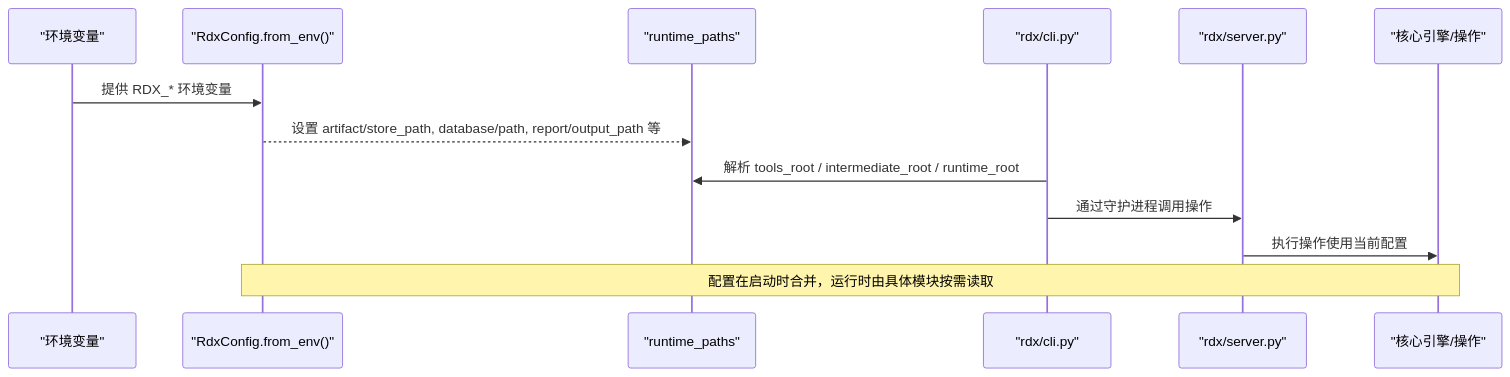
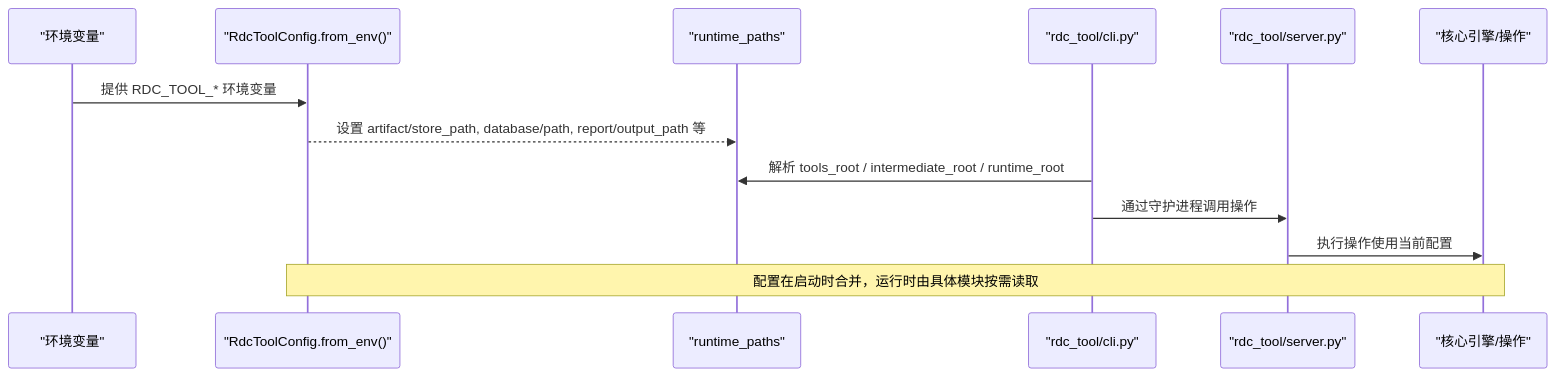
One commit to haolange/RDC-Tool changed the second of 7 diagrams in .qoder/repowiki/zh/content/运行时管理/配置管理系统.md. Above: the diagram before and after it, drawn with Mermaid. The commit also changed other lines of this file and 388 other files, not shown here.

First line of the commit message:
Release RDC-Tool identity and public maintenance surface

````diff
--- a/.qoder/repowiki/zh/content/运行时管理/配置管理系统.md
+++ b/.qoder/repowiki/zh/content/运行时管理/配置管理系统.md
@@ -87,15 +87,15 @@
 ```mermaid
 sequenceDiagram
 participant Env as "环境变量"
-participant Cfg as "RdxConfig.from_env()"
+participant Cfg as "RdcToolConfig.from_env()"
 participant Paths as "runtime_paths"
-participant CLI as "rdx/cli.py"
-participant Srv as "rdx/server.py"
+participant CLI as "rdc_tool/cli.py"
+participant Srv as "rdc_tool/server.py"
 participant Core as "核心引擎/操作"
-Env->>Cfg : 提供 RDX_* 环境变量
+Env->>Cfg : 提供 RDC_TOOL_* 环境变量
 Cfg-->>Paths : 设置 artifact/store_path, database/path, report/output_path 等
 CLI->>Paths : 解析 tools_root / intermediate_root / runtime_root
 CLI->>Srv : 通过守护进程调用操作
 Srv->>Core : 执行操作使用当前配置
 Note over Cfg,Core : 配置在启动时合并，运行时由具体模块按需读取
 ```
````
